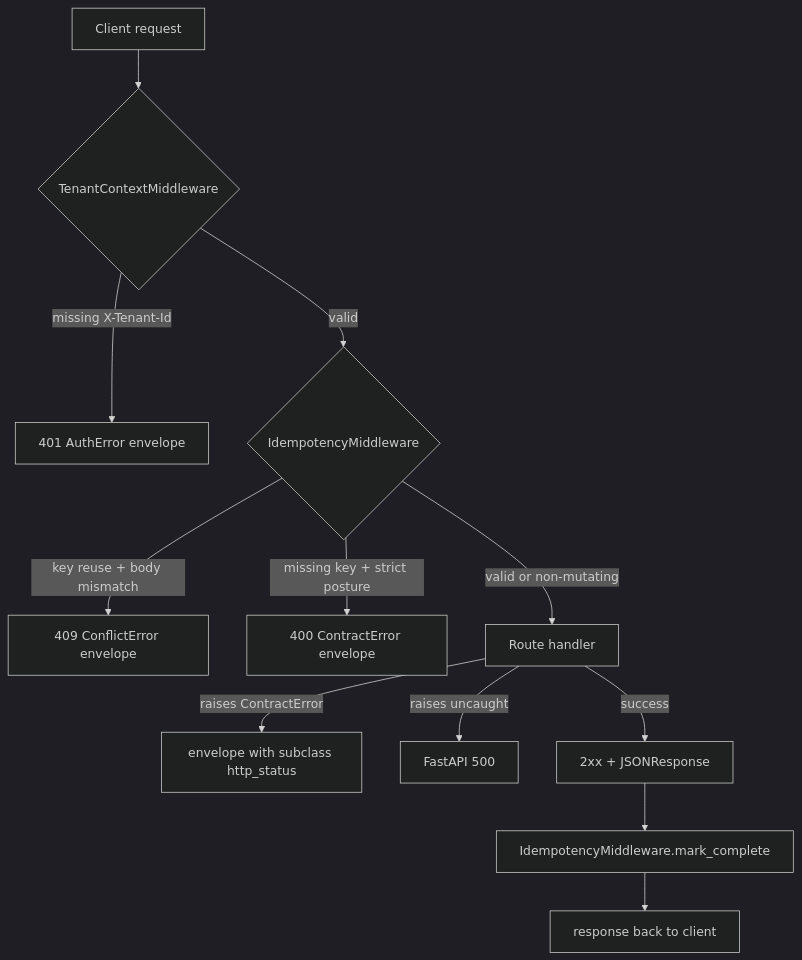
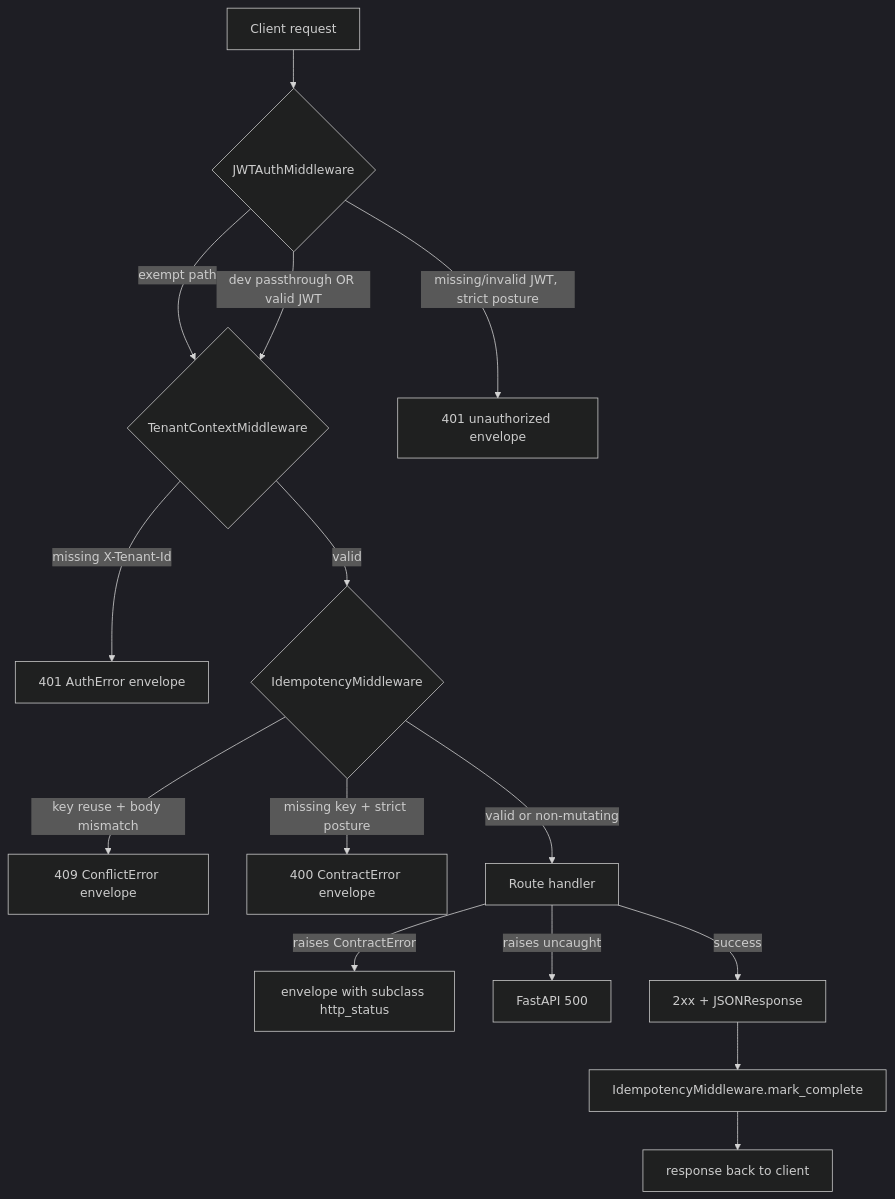
One commit to chaosxingxc-orion/hi-agent changed the fourth of 4 diagrams in agent_server/api/ARCHITECTURE.md. Above: the diagram before and after it, drawn with Mermaid (dark theme). The commit also changed other lines of this file and 6 other files, not shown here.

````diff
--- a/agent_server/api/ARCHITECTURE.md
+++ b/agent_server/api/ARCHITECTURE.md
@@ -260,14 +272,17 @@
 ```mermaid
 flowchart TD
-    A[Client request] --> B{TenantContextMiddleware}
+    A[Client request] --> AJ{JWTAuthMiddleware}
+    AJ -->|exempt path| B
+    AJ -->|missing/invalid JWT, strict posture| AJR[401 unauthorized envelope]
+    AJ -->|dev passthrough OR valid JWT| B{TenantContextMiddleware}
     B -->|missing X-Tenant-Id| C[401 AuthError envelope]
     B -->|valid| D{IdempotencyMiddleware}
     D -->|key reuse + body mismatch| E[409 ConflictError envelope]
     D -->|missing key + strict posture| F[400 ContractError envelope]
     D -->|valid or non-mutating| G[Route handler]
     G -->|raises ContractError| H[envelope with subclass http_status]
     G -->|raises uncaught| I[FastAPI 500]
     G -->|success| J[2xx + JSONResponse]
     J --> K[IdempotencyMiddleware.mark_complete]
     K --> L[response back to client]
 ```
````
